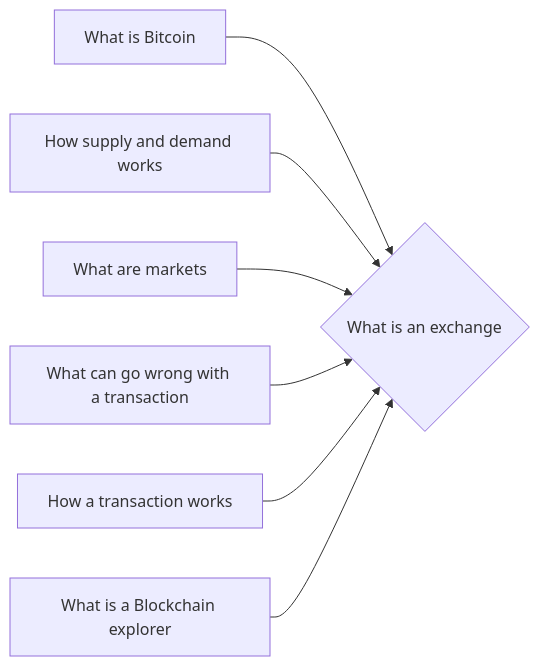
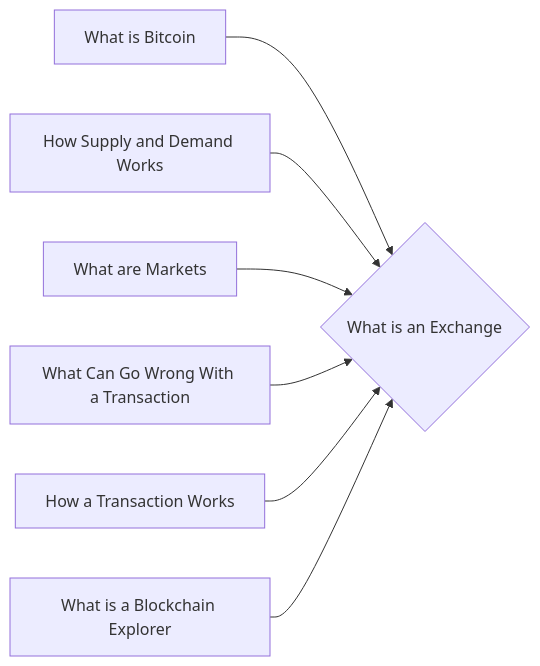
The diagram in notes/What_is_an_Exchange.md (lpurdy01/crypto-knowledge-map), drawn with Mermaid before and after one commit. The commit also changed 50 other files, not shown here.

````diff
--- a/notes/What_is_an_Exchange.md
+++ b/notes/What_is_an_Exchange.md
@@ -21,9 +21,9 @@
 ```mermaid
 graph LR
-1["What is Bitcoin"]-->0{"What is an exchange"}
-2["How supply and demand works"]-->0{"What is an exchange"}
-3["What are markets"]-->0{"What is an exchange"}
-4["What can go wrong with a transaction"]-->0{"What is an exchange"}
-5["How a transaction works"]-->0{"What is an exchange"}
-6["What is a Blockchain explorer"]-->0{"What is an exchange"}
+1["What is Bitcoin"]-->0{"What is an Exchange"}
+2["How Supply and Demand Works"]-->0{"What is an Exchange"}
+3["What are Markets"]-->0{"What is an Exchange"}
+4["What Can Go Wrong With a Transaction"]-->0{"What is an Exchange"}
+5["How a Transaction Works"]-->0{"What is an Exchange"}
+6["What is a Blockchain Explorer"]-->0{"What is an Exchange"}
 ```
````
